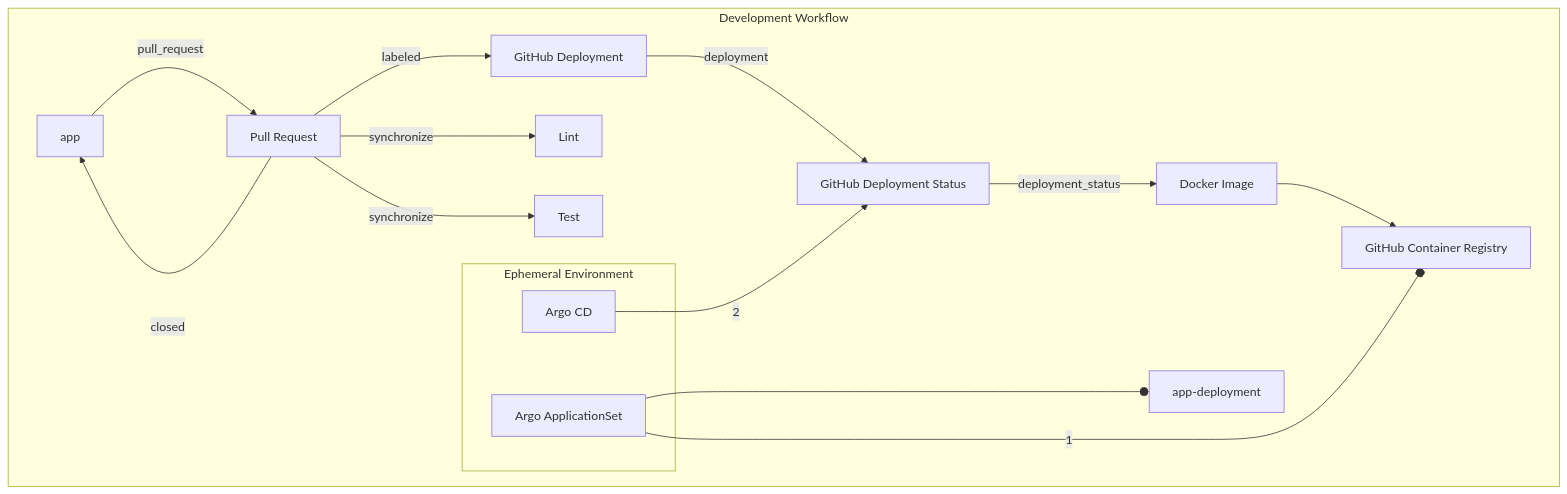
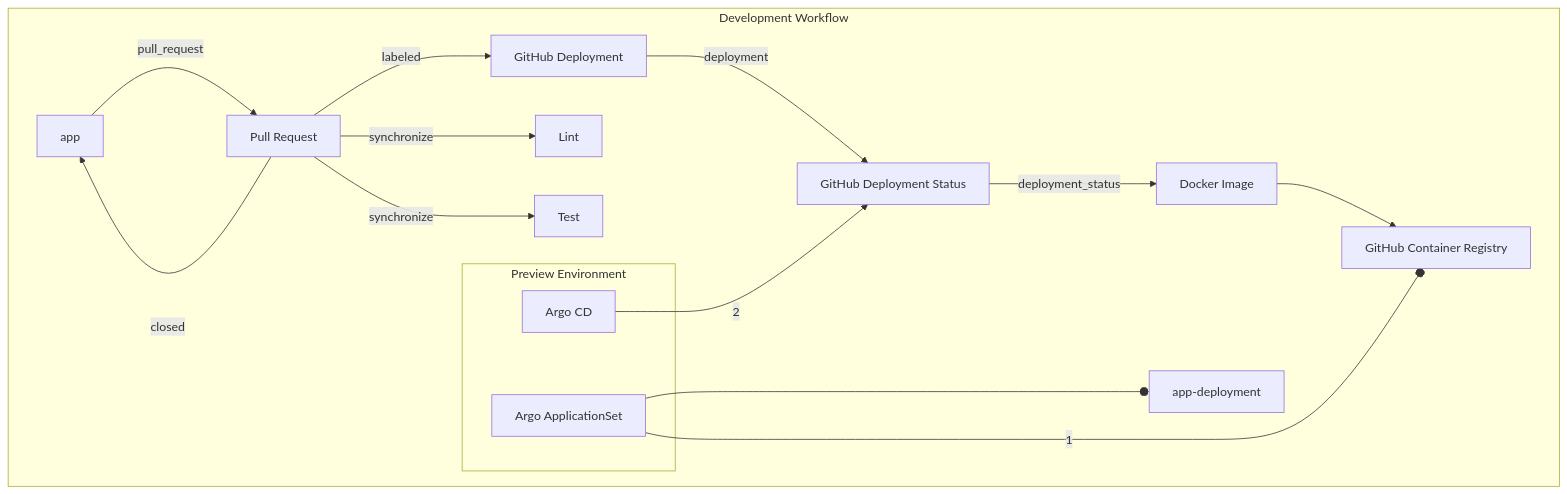
One commit to gitops-ci-cd/.github changed the first of 2 diagrams in profile/README.md. Above: the diagram before and after it, drawn with Mermaid. The commit also changed other lines of this file, not shown here.

Commit message:
prefer "preview"

````diff
--- a/profile/README.md
+++ b/profile/README.md
@@ -69,25 +69,25 @@
 ```mermaid
 flowchart TD
 
     registry[GitHub Container Registry]
 
-    subgraph env[Ephemeral Environment]
+    subgraph env[Preview Environment]
         argo[Argo CD]
         argo-app[Argo ApplicationSet]
     end
 
     subgraph dev[Development Workflow]
         app -- pull_request --> pr[Pull Request]
         pr -- synchronize --> lint[Lint] & test[Test]
         pr -- labeled --> deployment[GitHub Deployment] -- deployment --> deployment-status[GitHub Deployment Status]
         deployment-status -- deployment_status --> build[Docker Image]
         build --> registry
 
         env
         argo-app -- 1 --o registry
         argo-app ---o app-deployment
         argo -- 2 --> deployment-status
 
         pr -- closed --> app
     end
 ```
````
